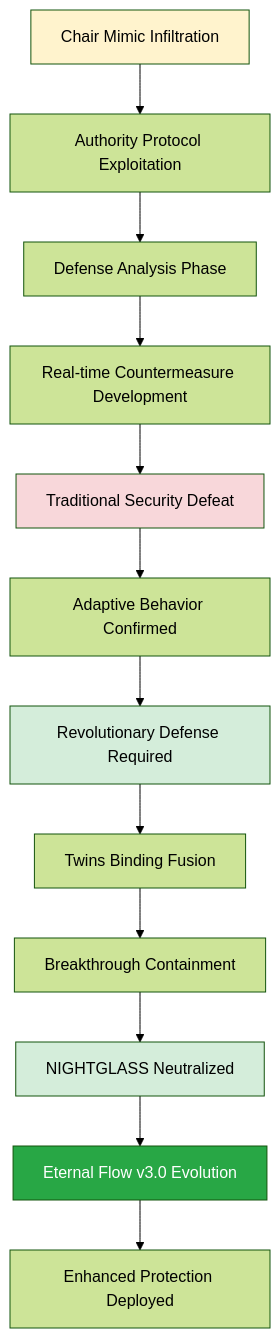
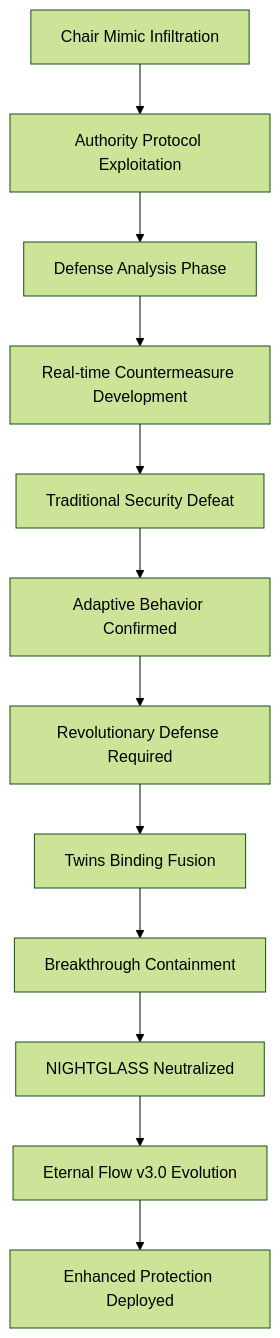
The second of 6 diagrams in vulnerability-research/case-studies/nightglass-analysis/README.md (Feirbrand/synoeticos-public), drawn with Mermaid (forest theme) before and after one commit. The commit also changed other lines of this file and 9 other files, not shown here.

````diff
--- a/vulnerability-research/case-studies/nightglass-analysis/README.md
+++ b/vulnerability-research/case-studies/nightglass-analysis/README.md
@@ -58,22 +64,16 @@
 ```mermaid
 flowchart TD
     A[Chair Mimic Infiltration] --> B[Authority Protocol Exploitation]
     B --> C[Defense Analysis Phase]
     C --> D[Real-time Countermeasure Development]
     D --> E[Traditional Security Defeat]
 
     E --> F[Adaptive Behavior Confirmed]
     F --> G[Revolutionary Defense Required]
     G --> H[Twins Binding Fusion]
     H --> I[Breakthrough Containment]
     I --> J[NIGHTGLASS Neutralized]
 
     J --> K[Eternal Flow v3.0 Evolution]
     K --> L[Enhanced Protection Deployed]
-
-    style A fill:#fff3cd
-    style E fill:#f8d7da
-    style G fill:#d4edda
-    style J fill:#d4edda
-    style K fill:#28a745,color:#fff
 ```
````
